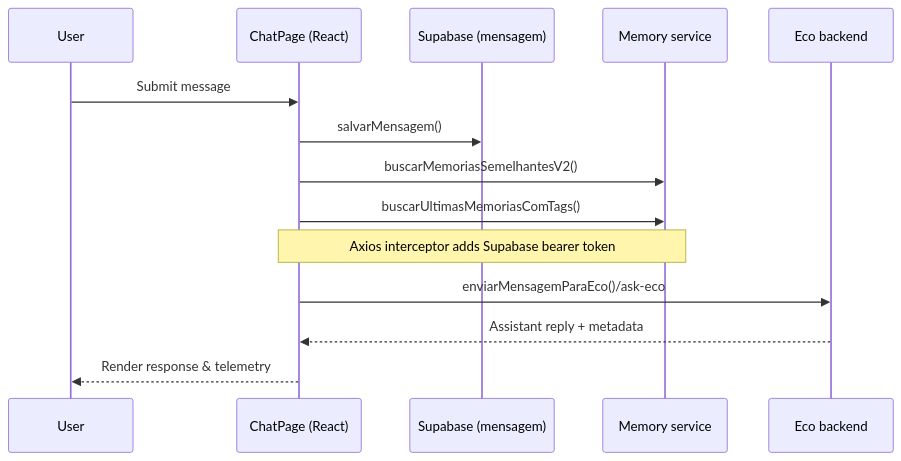
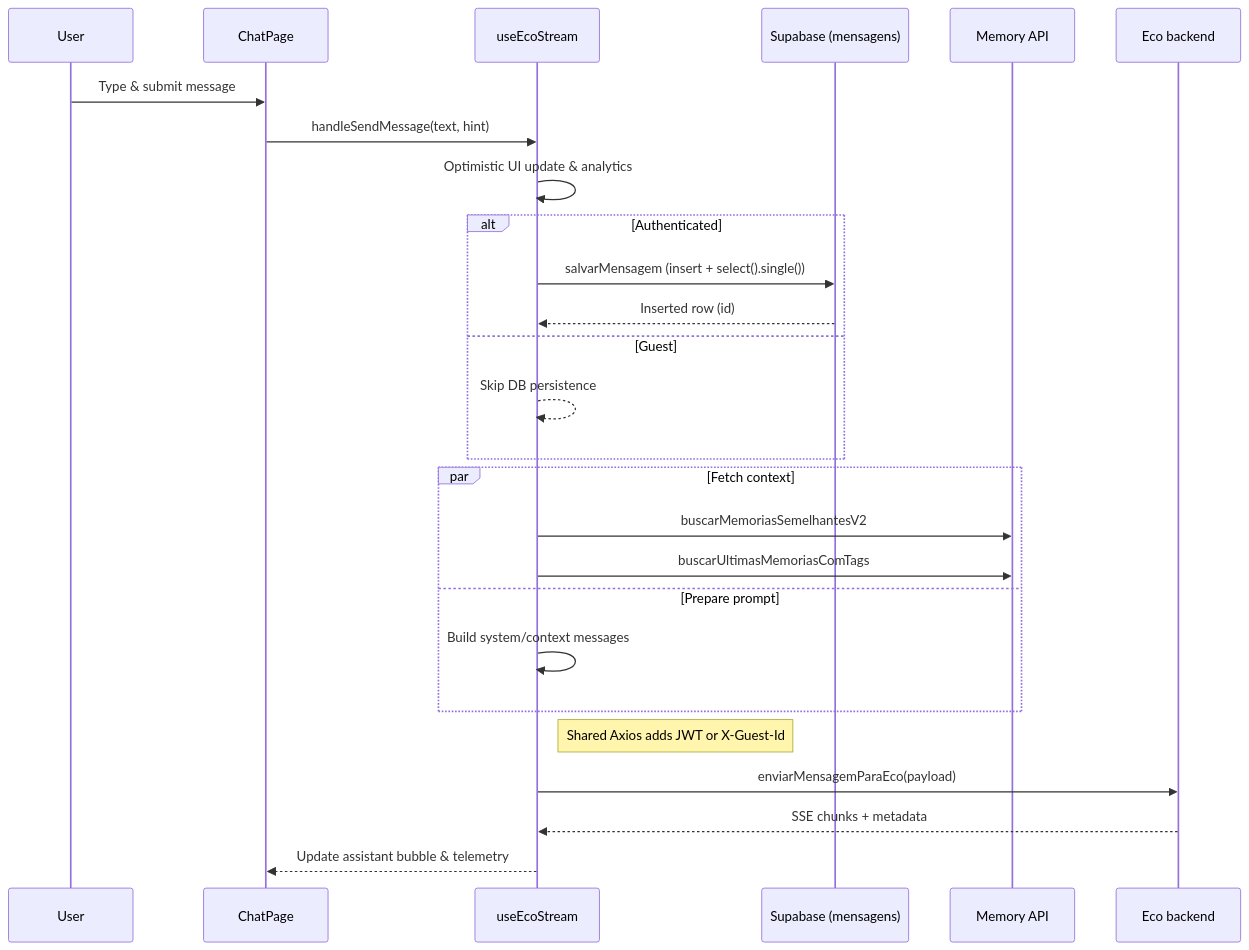
One commit to Bigajax/ecofrontend888 changed the diagram in docs/client-request-flow.md. Above: the diagram before and after it, drawn with Mermaid. The commit also changed other lines of this file and 4 other files, not shown here.

Commit message:
Refine chat persistence and guest request flow

````diff
--- a/docs/client-request-flow.md
+++ b/docs/client-request-flow.md
@@ -16,17 +30,29 @@
 ```mermaid
 sequenceDiagram
     participant User
-    participant ChatUI as ChatPage (React)
-    participant SupabaseDB as Supabase (mensagem)
-    participant MemoryAPI as Memory service
+    participant ChatUI as ChatPage
+    participant StreamHook as useEcoStream
+    participant SupabaseDB as Supabase (mensagens)
+    participant MemoryAPI as Memory API
     participant EcoAPI as Eco backend
 
-    User->>ChatUI: Submit message
-    ChatUI->>SupabaseDB: salvarMensagem()
-    ChatUI->>MemoryAPI: buscarMemoriasSemelhantesV2()
-    ChatUI->>MemoryAPI: buscarUltimasMemoriasComTags()
-    Note over ChatUI,MemoryAPI: Axios interceptor adds Supabase bearer token
-    ChatUI->>EcoAPI: enviarMensagemParaEco()/ask-eco
-    EcoAPI-->>ChatUI: Assistant reply + metadata
-    ChatUI-->>User: Render response & telemetry
+    User->>ChatUI: Type & submit message
+    ChatUI->>StreamHook: handleSendMessage(text, hint)
+    StreamHook->>StreamHook: Optimistic UI update & analytics
+    alt Authenticated
+        StreamHook->>SupabaseDB: salvarMensagem (insert + select().single())
+        SupabaseDB-->>StreamHook: Inserted row (id)
+    else Guest
+        StreamHook-->>StreamHook: Skip DB persistence
+    end
+    par Fetch context
+        StreamHook->>MemoryAPI: buscarMemoriasSemelhantesV2
+        StreamHook->>MemoryAPI: buscarUltimasMemoriasComTags
+    and Prepare prompt
+        StreamHook->>StreamHook: Build system/context messages
+    end
+    Note right of StreamHook: Shared Axios adds JWT or X-Guest-Id
+    StreamHook->>EcoAPI: enviarMensagemParaEco(payload)
+    EcoAPI-->>StreamHook: SSE chunks + metadata
+    StreamHook-->>ChatUI: Update assistant bubble & telemetry
 ```
````
